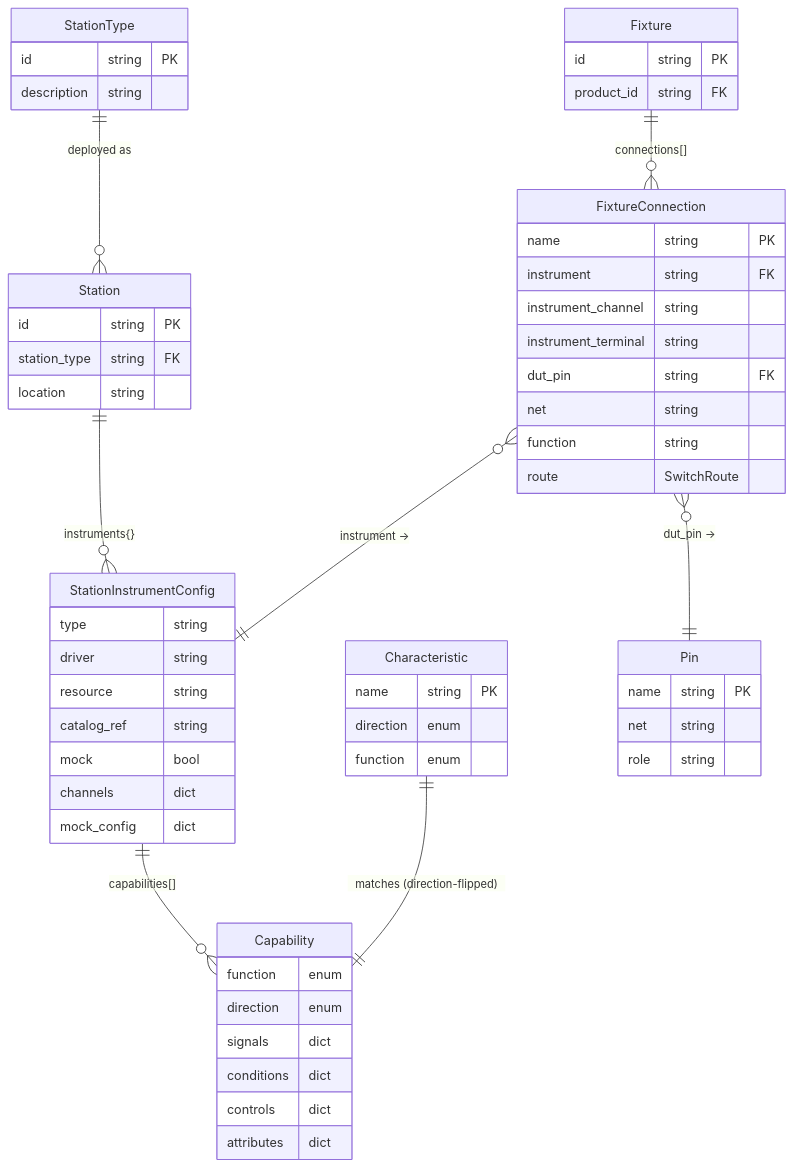
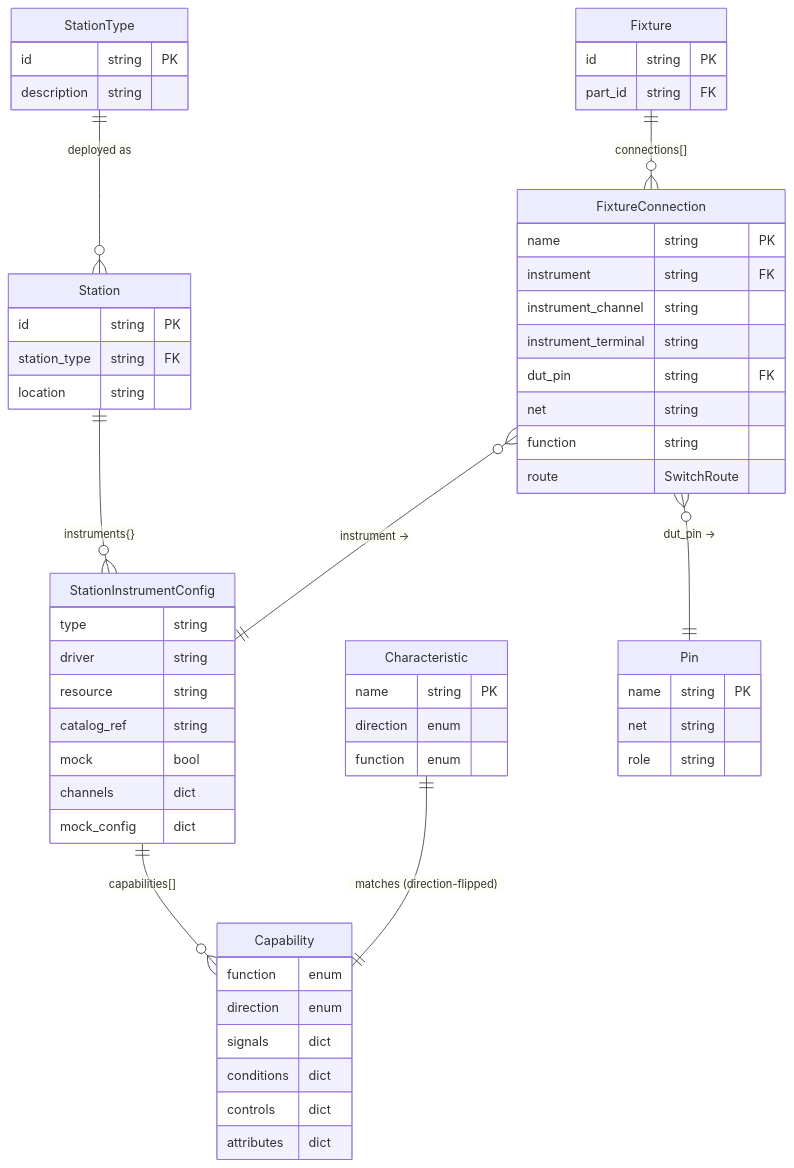
Before and after one commit to pragmatest-dev/testerkit: the fourth of 9 diagrams in docs/concepts/overview/architecture.md, drawn with Mermaid. The commit also changed other lines of this file and 246 other files, not shown here.

First line of the commit message:
refactor: rename product -> part across the codebase (#258)

````diff
--- a/docs/concepts/overview/architecture.md
+++ b/docs/concepts/overview/architecture.md
@@ -121,61 +121,61 @@
 ```mermaid
 erDiagram
     StationType {
         id string PK
         description string
     }
     Station {
         id string PK
         station_type string FK
         location string
     }
     StationInstrumentConfig {
         type string
         driver string
         resource string
         catalog_ref string
         mock bool
         channels dict
         mock_config dict
     }
     Capability {
         function enum
         direction enum
         signals dict
         conditions dict
         controls dict
         attributes dict
     }
     Fixture {
         id string PK
-        product_id string FK
+        part_id string FK
     }
     FixtureConnection {
         name string PK
         instrument string FK
         instrument_channel string
         instrument_terminal string
         dut_pin string FK
         net string
         function string
         route SwitchRoute
     }
     Characteristic {
         name string PK
         direction enum
         function enum
     }
     Pin {
         name string PK
         net string
         role string
     }
 
     StationType ||--o{ Station : "deployed as"
     Station ||--o{ StationInstrumentConfig : "instruments{}"
     StationInstrumentConfig ||--o{ Capability : "capabilities[]"
     Fixture ||--o{ FixtureConnection : "connections[]"
     FixtureConnection }o--|| Pin : "dut_pin →"
     FixtureConnection }o--|| StationInstrumentConfig : "instrument →"
     Characteristic ||--|| Capability : "matches (direction-flipped)"
 ```
````
